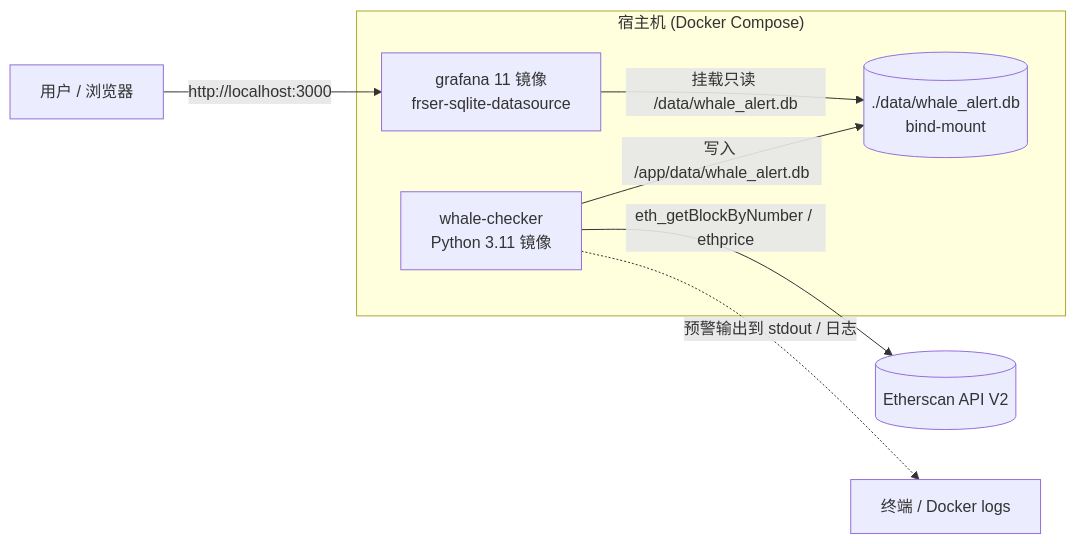
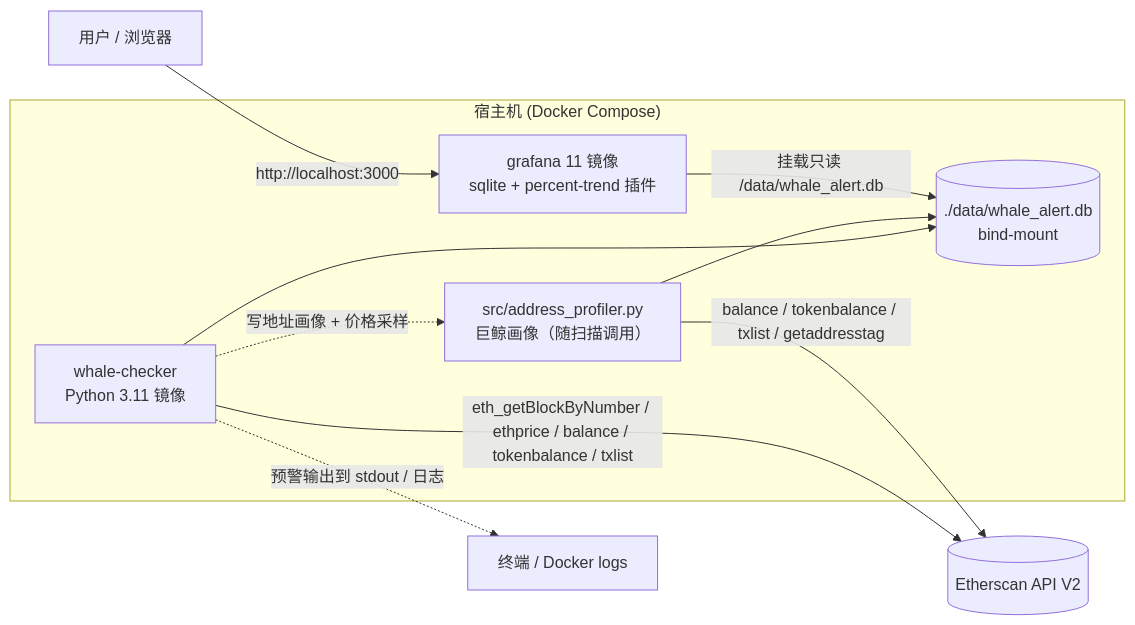
The first of 2 diagrams in README.md (DingBangBang/whale-alert-system), drawn with Mermaid before and after one commit. The commit also changed other lines of this file and 12 other files, not shown here.

First line of the commit message:
feat(v2): lower threshold, paginated backfill, address profiler, richer Grafana dashboard

````diff
--- a/README.md
+++ b/README.md
@@ -28,17 +33,21 @@
 ```mermaid
 flowchart LR
     subgraph Host["宿主机 (Docker Compose)"]
         C["whale-checker<br/>Python 3.11 镜像"]
-        G["grafana 11 镜像<br/>frser-sqlite-datasource"]
+        P["src/address_profiler.py<br/>巨鲸画像（随扫描调用）"]
+        G["grafana 11 镜像<br/>sqlite + percent-trend 插件"]
         V[(./data/whale_alert.db<br/>bind-mount)]
     end
 
     ES[("Etherscan API V2")]
 
-    C -- "eth_getBlockByNumber / ethprice" --> ES
-    C -- "写入 /app/data/whale_alert.db" --> V
+    C -- "eth_getBlockByNumber / ethprice / balance / tokenbalance / txlist" --> ES
+    P -- "balance / tokenbalance / txlist / getaddresstag" --> ES
+    C --> V
+    P --> V
+    C -. "写地址画像 + 价格采样" .-> P
     G -- "挂载只读 /data/whale_alert.db" --> V
     U["用户 / 浏览器"] -- "http://localhost:3000" --> G
 
     C -. "预警输出到 stdout / 日志" .-> T["终端 / Docker logs"]
 ```
````
